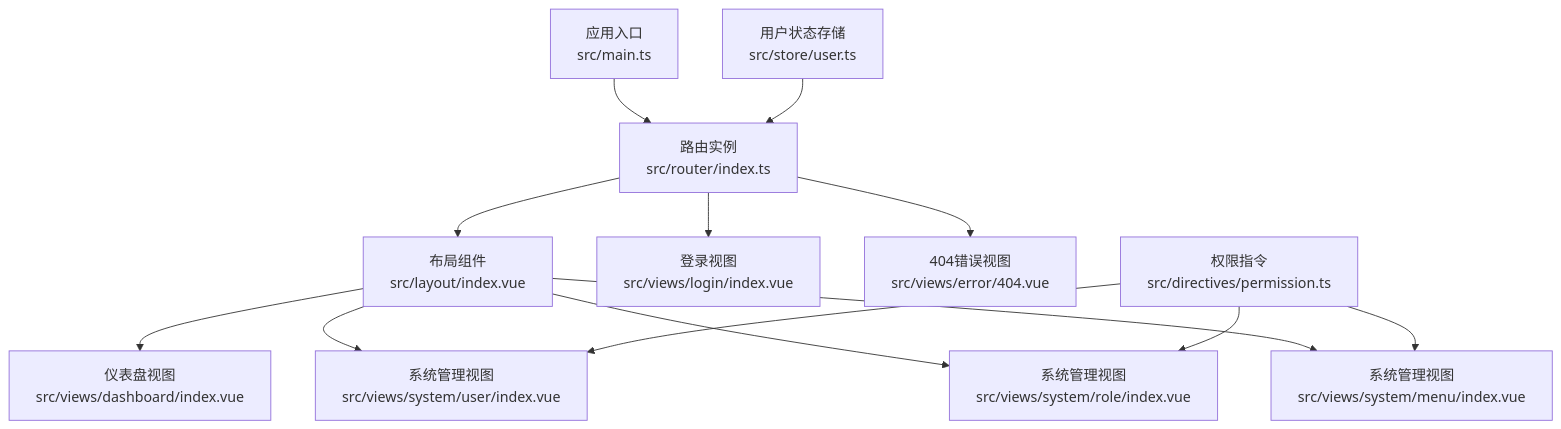
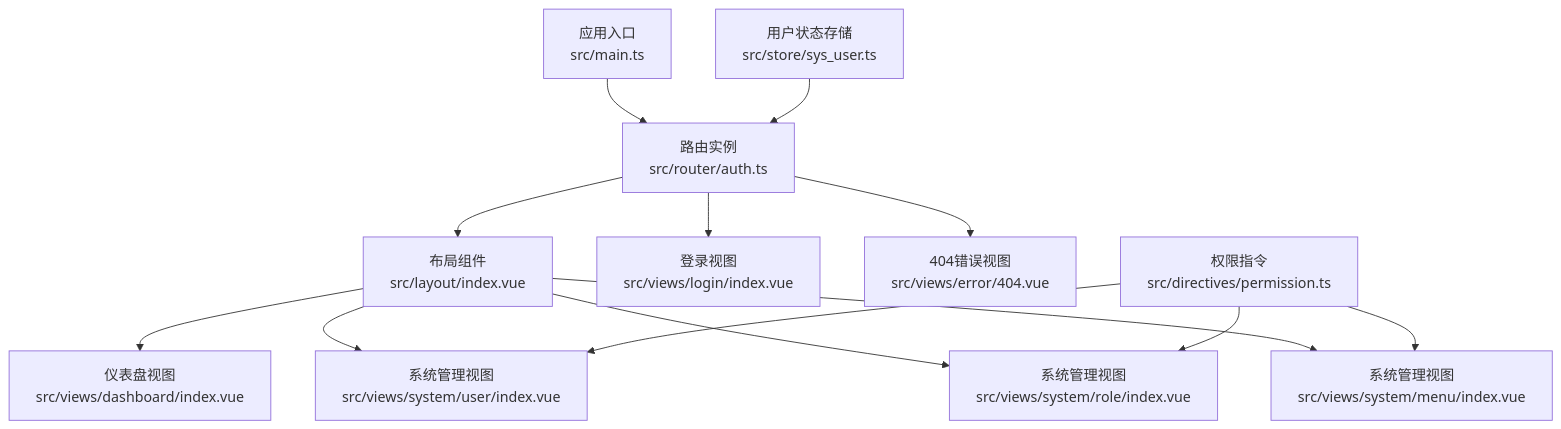
One commit to qiseyun/vue-ts-admin changed the first of 5 diagrams in .qoder/repowiki/zh/content/核心功能模块/路由系统.md. Above: the diagram before and after it, drawn with Mermaid. The commit also changed other lines of this file and 42 other files, not shown here.

````diff
--- a/.qoder/repowiki/zh/content/核心功能模块/路由系统.md
+++ b/.qoder/repowiki/zh/content/核心功能模块/路由系统.md
@@ -44,15 +44,15 @@
 ```mermaid
 graph TB
-A["应用入口<br/>src/main.ts"] --> B["路由实例<br/>src/router/index.ts"]
+A["应用入口<br/>src/main.ts"] --> B["路由实例<br/>src/router/auth.ts"]
 B --> C["布局组件<br/>src/layout/index.vue"]
 C --> D["仪表盘视图<br/>src/views/dashboard/index.vue"]
 C --> E["系统管理视图<br/>src/views/system/user/index.vue"]
 C --> F["系统管理视图<br/>src/views/system/role/index.vue"]
 C --> G["系统管理视图<br/>src/views/system/menu/index.vue"]
 B --> H["登录视图<br/>src/views/login/index.vue"]
 B --> I["404错误视图<br/>src/views/error/404.vue"]
-J["用户状态存储<br/>src/store/user.ts"] --> B
+J["用户状态存储<br/>src/store/sys_user.ts"] --> B
 K["权限指令<br/>src/directives/permission.ts"] --> E
 K --> F
 K --> G
 ```
````
